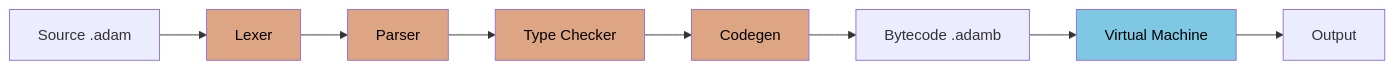
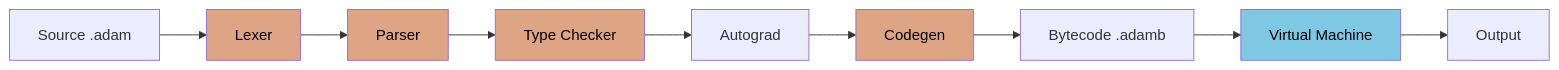
One commit to adgranoff/adam-lang changed the diagram in README.md. Above: the diagram before and after it, drawn with Mermaid. The commit also changed other lines of this file and 26 other files, not shown here.

````diff
--- a/README.md
+++ b/README.md
@@ -16,16 +16,17 @@
 ```mermaid
 graph LR
     A[Source .adam] --> B[Lexer]
     B --> C[Parser]
     C --> D[Type Checker]
-    D --> E[Codegen]
+    D --> D2[Autograd]
+    D2 --> E[Codegen]
     E --> F[Bytecode .adamb]
     F --> G[Virtual Machine]
     G --> H[Output]
 
     style B fill:#dea584,color:#000
     style C fill:#dea584,color:#000
     style D fill:#dea584,color:#000
     style E fill:#dea584,color:#000
     style G fill:#7ec8e3,color:#000
 ```
````
